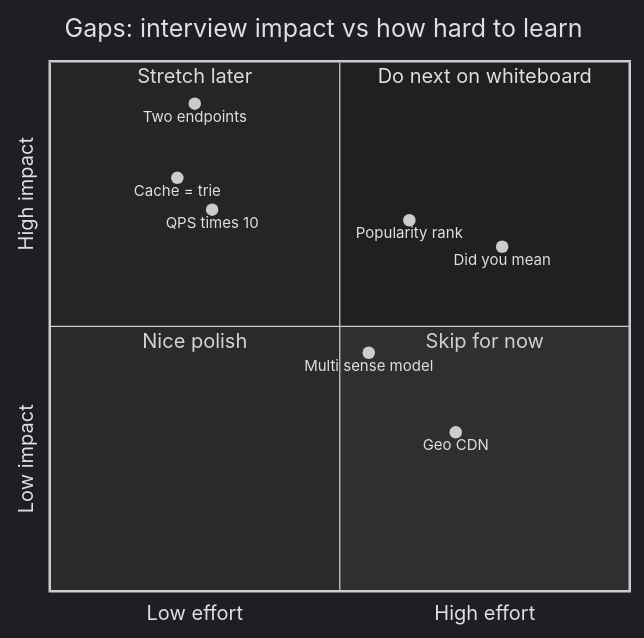
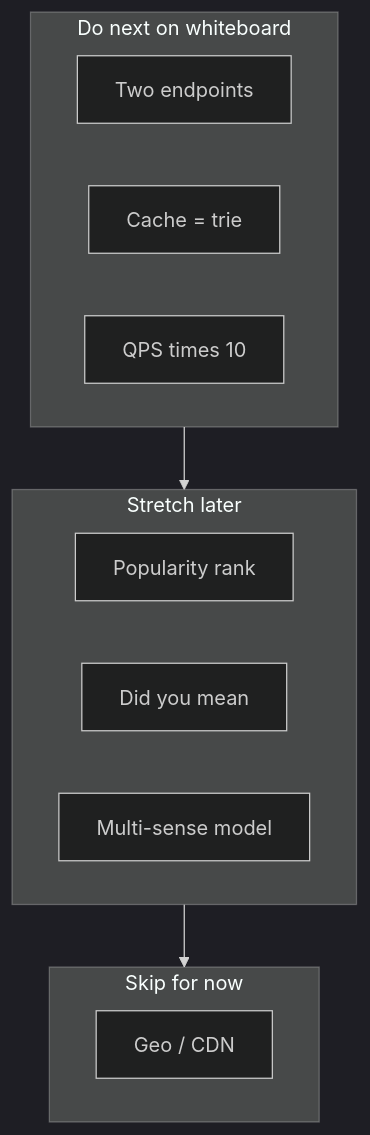
One commit to Neander-Menezes/dictionary-search changed the third of 4 diagrams in docs/INTERVIEW_RETROSPECTIVE.md. Above: the diagram before and after it, drawn with Mermaid (dark theme). The commit also changed other lines of this file, not shown here.

First line of the commit message:
docs: fix Mermaid diagrams for GitHub renderer

````diff
--- a/docs/INTERVIEW_RETROSPECTIVE.md
+++ b/docs/INTERVIEW_RETROSPECTIVE.md
@@ -56,17 +57,20 @@
 ```mermaid
-quadrantChart
-  title Gaps: interview impact vs how hard to learn
-  x-axis Low effort --> High effort
-  y-axis Low impact --> High impact
-  quadrant-1 Do next on whiteboard
-  quadrant-2 Stretch later
-  quadrant-3 Nice polish
-  quadrant-4 Skip for now
-  Two endpoints: [0.25, 0.92]
-  Cache = trie: [0.22, 0.78]
-  QPS times 10: [0.28, 0.72]
-  Popularity rank: [0.62, 0.70]
-  Did you mean: [0.78, 0.65]
-  Multi sense model: [0.55, 0.45]
-  Geo CDN: [0.70, 0.30]
+flowchart TB
+  subgraph highImpactLowEffort ["Do next on whiteboard"]
+    G1[Two endpoints]
+    G2["Cache = trie"]
+    G3[QPS times 10]
+  end
+
+  subgraph highImpactMoreWork ["Stretch later"]
+    G4[Popularity rank]
+    G5[Did you mean]
+    G6[Multi-sense model]
+  end
+
+  subgraph lowerPriority ["Skip for now"]
+    G7[Geo / CDN]
+  end
+
+  highImpactLowEffort --> highImpactMoreWork --> lowerPriority
 ```
````
